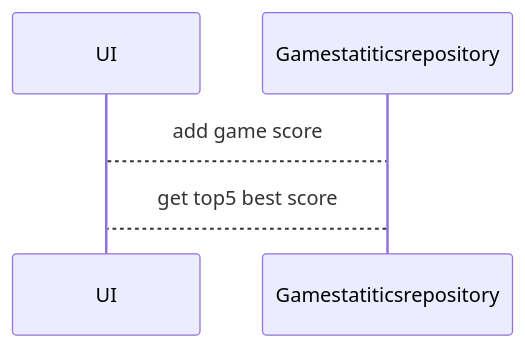
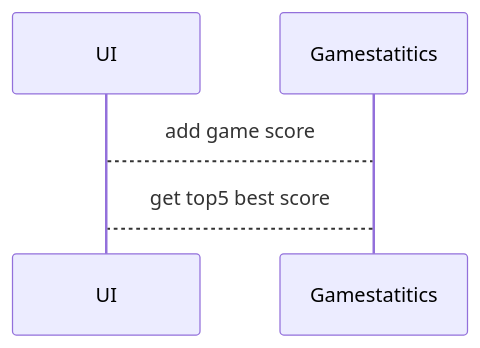
Before and after one commit to kxelina/ot-harjoitustyo: the third of 3 diagrams in dokumentaatio/arkkitehtuuri.md, drawn with Mermaid. The commit also changed other lines of this file, not shown here.

````diff
--- a/dokumentaatio/arkkitehtuuri.md
+++ b/dokumentaatio/arkkitehtuuri.md
@@ -77,7 +80,7 @@
 ```mermaid
 sequenceDiagram
     participant UI
-    participant G as Gamestatiticsrepository
+    participant G as Gamestatitics
     UI --> G: add game score
     G --> UI: get top5 best score
 ```    
````
